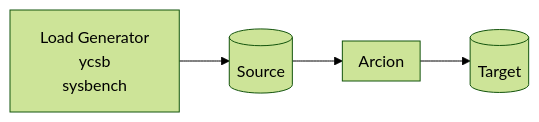
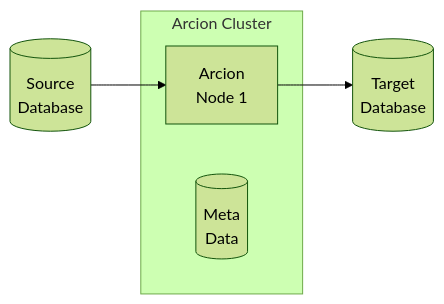
One commit to arcionlabs/arcion-loadgen changed the diagram in README.md. Above: the diagram before and after it, drawn with Mermaid (forest theme).

Commit message:
Update README.md
show metadata

````diff
--- a/README.md
+++ b/README.md
@@ -6,8 +6,9 @@
 ```mermaid
-flowchart LR
-    subgraph Arcion
-      direction TB
-%%        a[Replicant] --> p[(Metadata<br>Postgres )]
+graph LR
+    subgraph Arcion Cluster
+        A1
+        M[(Meta <br>Data)]
     end
-    b[Load Generator <br>ycsb <br>sysbench] --> S[(Source)] --> Arcion --> t[(Target)]
+    S[(Source <br>Database)] --> A1[Arcion <br> Node 1]
+    A1 --> T[(Target <br>Database)]
 ```
````
